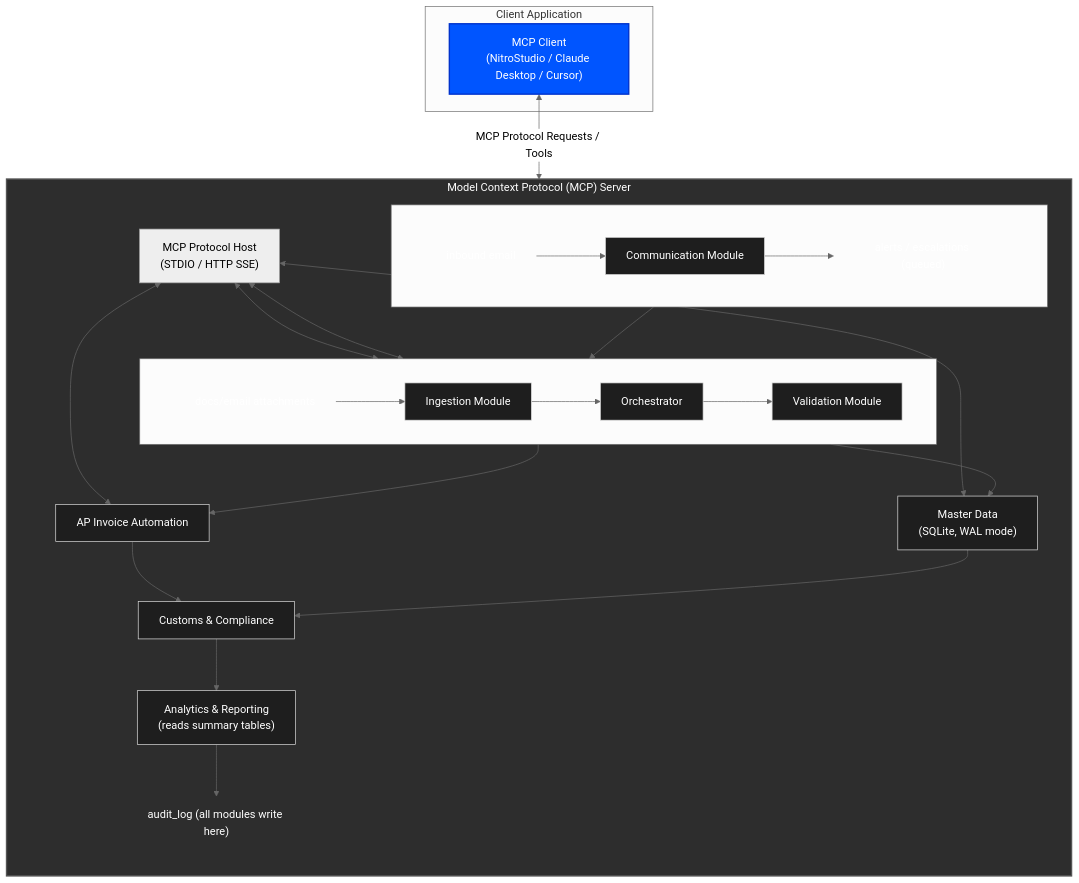
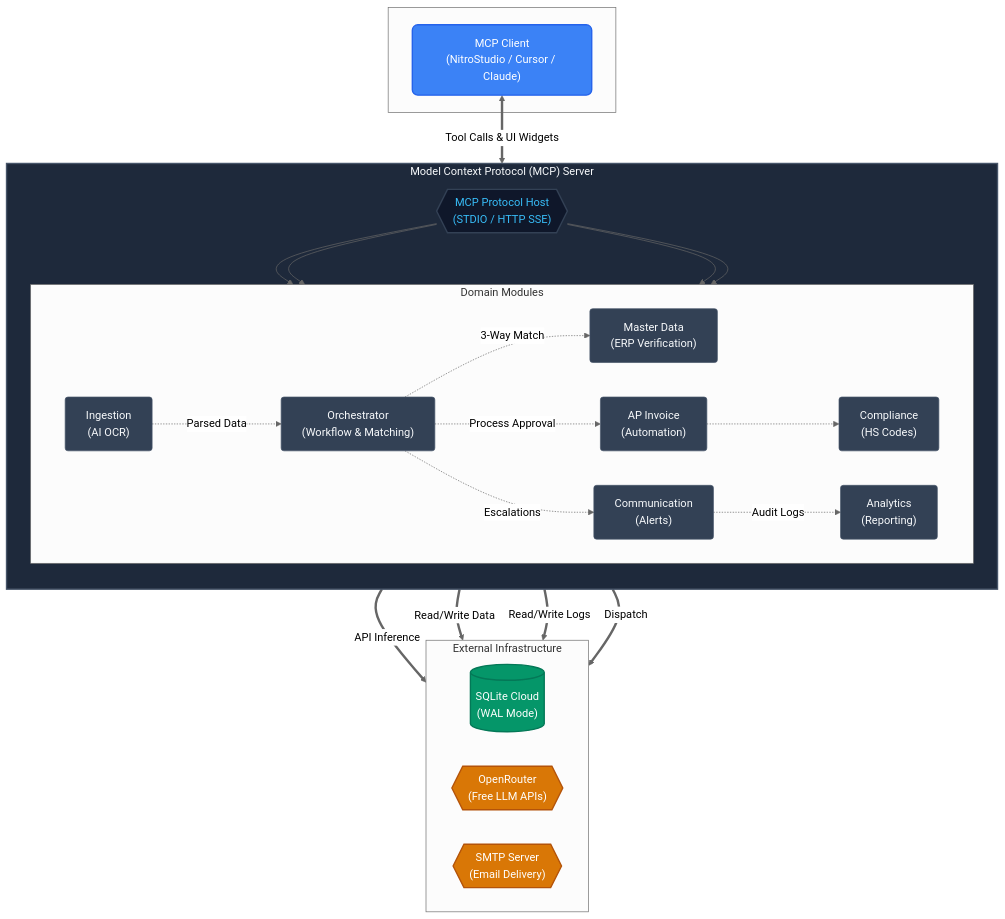
The diagram in README.md (SarvanthiSivaraj/SCM), drawn with Mermaid (neutral theme) before and after one commit.

Commit message:
docs: update system architecture diagram for clarity and improved visual representation

````diff
--- a/README.md
+++ b/README.md
@@ -64,52 +64,68 @@
 ```mermaid
-flowchart TB
-    subgraph ClientLayer ["Client Application"]
-        MCPClient["MCP Client<br/>(NitroStudio / Claude Desktop / Cursor)"]
+flowchart TD
+    %% Define Styles
+    classDef client fill:#3b82f6,stroke:#2563eb,stroke-width:2px,color:#fff,rx:8px,ry:8px;
+    classDef server fill:#1e293b,stroke:#475569,stroke-width:2px,color:#f8fafc;
+    classDef host fill:#0f172a,stroke:#334155,stroke-width:2px,color:#38bdf8,rx:8px,ry:8px;
+    classDef module fill:#334155,stroke:#475569,stroke-width:1px,color:#f8fafc,rx:4px,ry:4px;
+    classDef db fill:#059669,stroke:#047857,stroke-width:2px,color:#fff,rx:8px,ry:8px;
+    classDef external fill:#d97706,stroke:#b45309,stroke-width:2px,color:#fff,rx:8px,ry:8px;
+    classDef plain fill:none,stroke:none,color:#94a3b8;
+
+    %% Client Layer
+    subgraph ClientLayer [" "]
+        MCPClient["MCP Client<br/>(NitroStudio / Cursor / Claude)"]:::client
     end
 
+    %% MCP Server Boundary
     subgraph MCPServer ["Model Context Protocol (MCP) Server"]
         direction TB
         
-        MCPHost["MCP Protocol Host<br/>(STDIO / HTTP SSE)"]
+        MCPHost{{"MCP Protocol Host<br/>(STDIO / HTTP SSE)"}}:::host
         
-        subgraph Top[" "]
+        %% Core Domain Modules
+        subgraph CoreModules ["Domain Modules"]
             direction LR
-            Email["inbound email"] --> Comm["Communication Module"]
-            Comm --> Alerts["alerts / escalations (queued)"]
+            Ingest["Ingestion<br/>(AI OCR)"]:::module
+            Master["Master Data<br/>(ERP Verification)"]:::module
+            Orch["Orchestrator<br/>(Workflow & Matching)"]:::module
+            AP["AP Invoice<br/>(Automation)"]:::module
+            Customs["Compliance<br/>(HS Codes)"]:::module
+            Comm["Communication<br/>(Alerts)"]:::module
+            Analytics["Analytics<br/>(Reporting)"]:::module
         end
-
-        Comm --> Ingest
-
-        subgraph Main[" "]
-            direction LR
-            Docs["docs/email attachments"] --> Ingest["Ingestion Module"]
-            Ingest --> Orch["Orchestrator"]
-            Orch --> Valid["Validation Module"]
-        end
-
-        Orch --> AP["AP Invoice Automation"]
-        Valid --> Master["Master Data<br/>(SQLite, WAL mode)"]
-
-        AP --> Customs["Customs & Compliance"]
-        Master --> Customs
-
-        Customs --> Analytics["Analytics & Reporting<br/>(reads summary tables)"]
-        Analytics --> Audit["audit_log (all modules write here)"]
     end
 
-    MCPClient <-->|MCP Protocol Requests / Tools| MCPHost
-    MCPHost <--> Ingest
-    MCPHost <--> Orch
-    MCPHost <--> Master
-    MCPHost <--> AP
+    %% External Systems Boundary
+    subgraph ExternalSystems ["External Infrastructure"]
+        direction LR
+        SQLite[("SQLite Cloud<br/>(WAL Mode)")]:::db
+        OpenRouter{{"OpenRouter<br/>(Free LLM APIs)"}}:::external
+        SMTP{{"SMTP Server<br/>(Email Delivery)"}}:::external
+    end
 
-    classDef module fill:#1e1e1e,stroke:#dcdcdc,color:#ffffff,stroke-width:1px;
-    classDef plain fill:none,stroke:none,color:#ffffff;
-    classDef server fill:#2d2d2d,stroke:#555,stroke-width:2px,color:#fff;
-    classDef client fill:#0055ff,stroke:#0033cc,stroke-width:2px,color:#fff;
+    %% Relationships - Client to Host
+    MCPClient <==>|Tool Calls & UI Widgets| MCPHost
 
-    class Comm,Ingest,Orch,Valid,AP,Customs,Analytics,Master module;
-    class Email,Docs,Alerts,Audit plain;
+    %% Relationships - Host to Modules
+    MCPHost --> Ingest
+    MCPHost --> Orch
+    MCPHost --> Master
+    MCPHost --> AP
+
+    %% Relationships - Internal Module Flow
+    Ingest -.->|Parsed Data| Orch
+    Orch -.->|3-Way Match| Master
+    Orch -.->|Process Approval| AP
+    AP -.-> Customs
+    Comm -.->|Audit Logs| Analytics
+    Orch -.->|Escalations| Comm
+
+    %% Relationships - Modules to External
+    Ingest ==>|API Inference| OpenRouter
+    Master ==>|Read/Write Data| SQLite
+    Analytics ==>|Read/Write Logs| SQLite
+    Comm ==>|Dispatch| SMTP
+
     class MCPServer server;
-    class MCPClient client;
 ```
````
